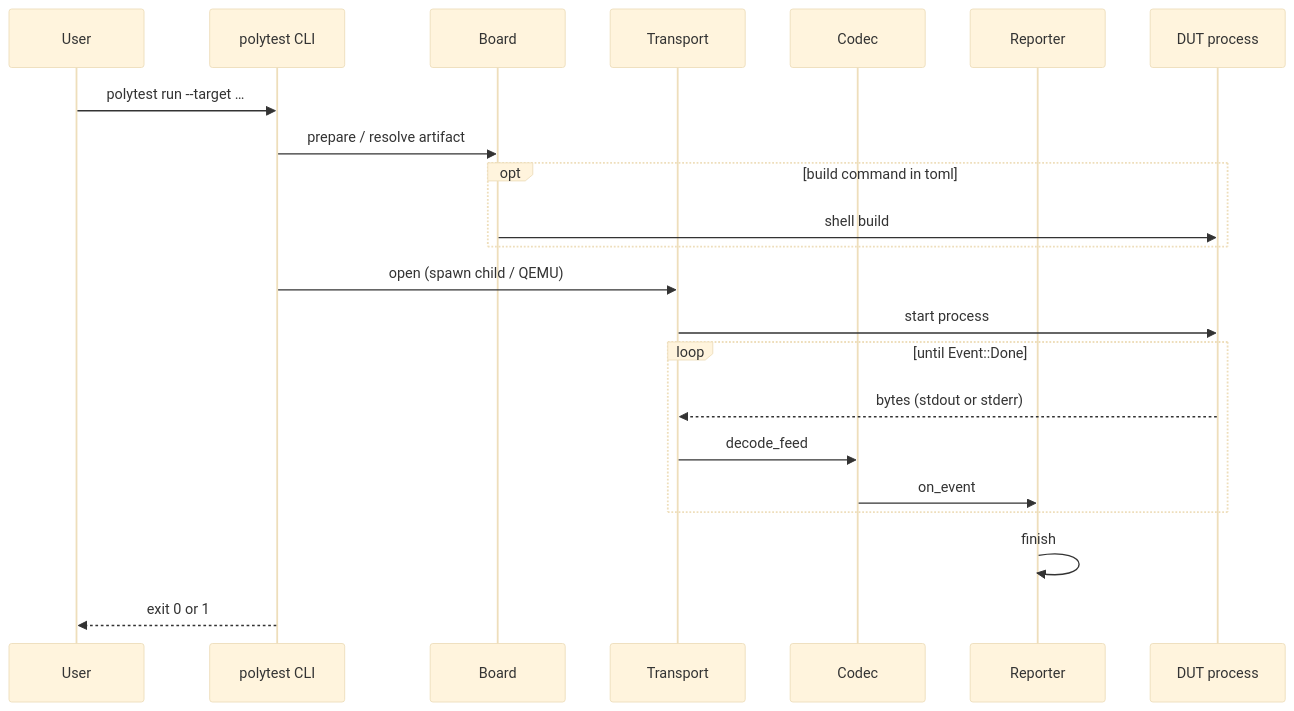
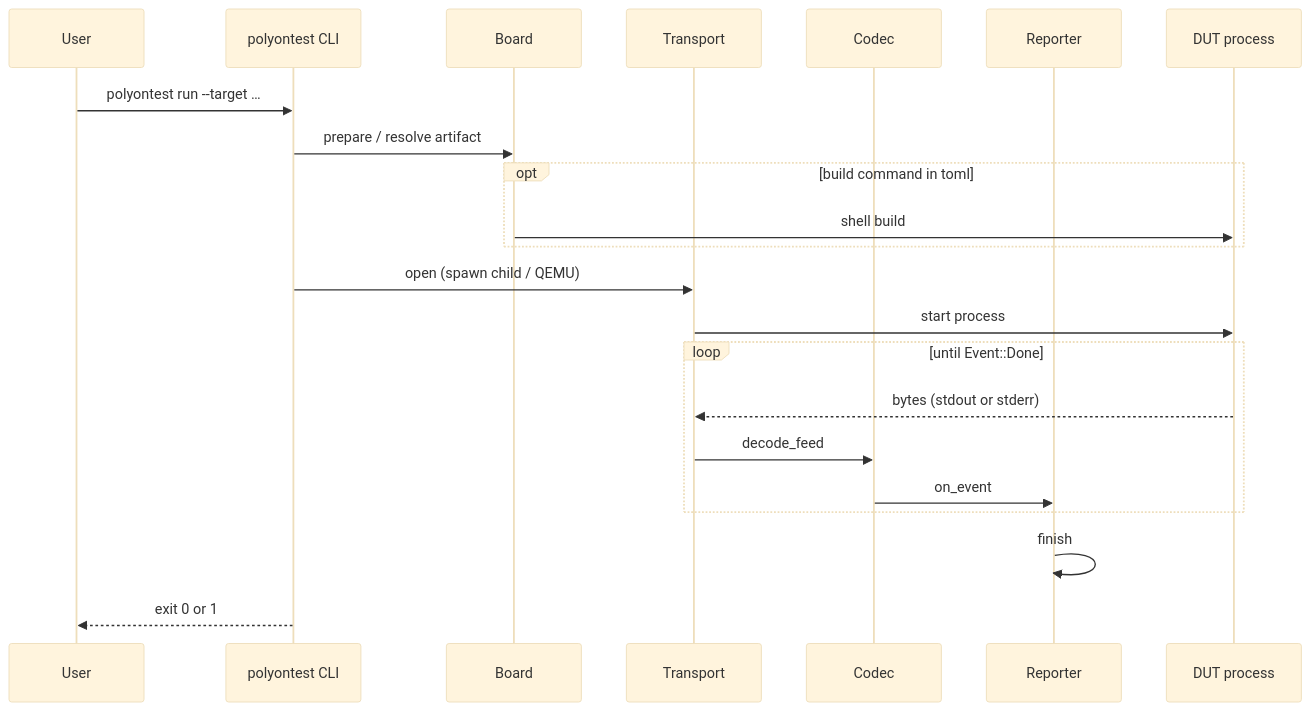
Before and after one commit to malto101/Open-PolyTest-Framework: the third of 4 diagrams in docs/architecture.md, drawn with Mermaid (base theme). The commit also changed other lines of this file and 93 other files, not shown here.

````diff
--- a/docs/architecture.md
+++ b/docs/architecture.md
@@ -88,24 +88,24 @@
 ```mermaid
 sequenceDiagram
   participant User
-  participant CLI as polytest CLI
+  participant CLI as polyontest CLI
   participant Board
   participant Transport
   participant Codec
   participant Reporter
   participant DUT as DUT process
-  User->>CLI: polytest run --target …
+  User->>CLI: polyontest run --target …
   CLI->>Board: prepare / resolve artifact
   opt build command in toml
     Board->>DUT: shell build
   end
   CLI->>Transport: open (spawn child / QEMU)
   Transport->>DUT: start process
   loop until Event::Done
     DUT-->>Transport: bytes (stdout or stderr)
     Transport->>Codec: decode_feed
     Codec->>Reporter: on_event
   end
   Reporter->>Reporter: finish
   CLI-->>User: exit 0 or 1
 ```
````
